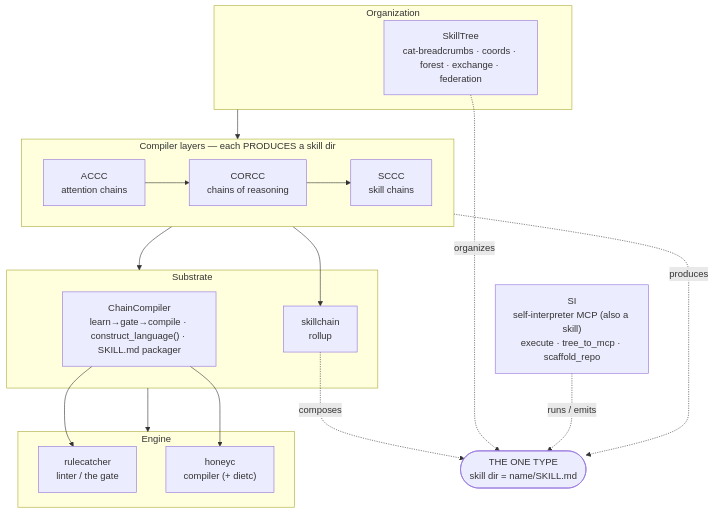
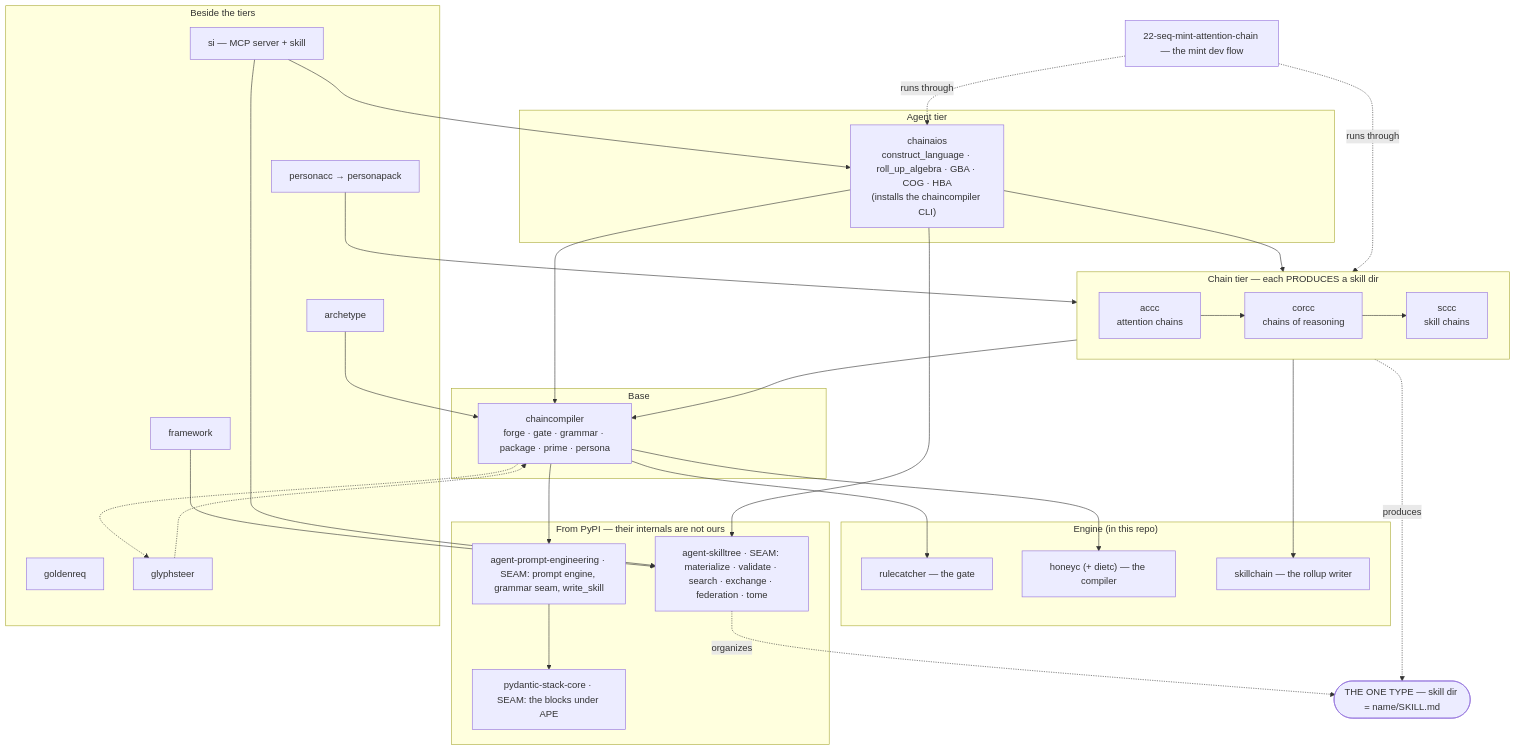
The first of 4 diagrams in .claude/rules/10-architecture-components.md (sancovp/chaincompiler), drawn with Mermaid before and after one commit. The commit also changed other lines of this file and 63 other files, not shown here.

Commit message:
Publish base/chaincompiler (ccbf18fea3)

````diff
--- a/.claude/rules/10-architecture-components.md
+++ b/.claude/rules/10-architecture-components.md
@@ -14,28 +17,54 @@
 ```mermaid
 flowchart TB
-    subgraph ORG["Organization"]
-        ST["SkillTree<br/>cat-breadcrumbs · coords · forest · exchange · federation"]
+    subgraph AGENT["Agent tier"]
+        CA["chainaios<br/>construct_language · roll_up_algebra · GBA · COG · HBA<br/>(installs the chaincompiler CLI)"]
     end
-    subgraph LAYERS["Compiler layers — each PRODUCES a skill dir"]
+    subgraph CHAIN["Chain tier — each PRODUCES a skill dir"]
         direction LR
-        ACCC["ACCC<br/>attention chains"] --> CORCC["CORCC<br/>chains of reasoning"] --> SCCC["SCCC<br/>skill chains"]
+        ACCC["accc<br/>attention chains"] --> CORCC["corcc<br/>chains of reasoning"] --> SCCC["sccc<br/>skill chains"]
     end
-    subgraph SUB["Substrate"]
-        CC["ChainCompiler<br/>learn→gate→compile · construct_language() · SKILL.md packager"]
-        SKC["skillchain<br/>rollup"]
+    subgraph BASE["Base"]
+        CC["chaincompiler<br/>forge · gate · grammar · package · prime · persona"]
     end
-    subgraph ENG["Engine"]
-        RC["rulecatcher<br/>linter / the gate"]
-        HC["honeyc<br/>compiler (+ dietc)"]
+    subgraph ENG["Engine (in this repo)"]
+        RC["rulecatcher — the gate"]
+        HC["honeyc (+ dietc) — the compiler"]
+        SKC["skillchain — the rollup writer"]
     end
-    SI["SI<br/>self-interpreter MCP (also a skill)<br/>execute · tree_to_mcp · scaffold_repo"]
-    TYPE(["THE ONE TYPE<br/>skill dir = name/SKILL.md"])
+    subgraph DEP["From PyPI — their internals are not ours"]
+        APE["agent-prompt-engineering · SEAM: prompt engine, grammar seam, write_skill"]
+        PSC["pydantic-stack-core · SEAM: the blocks under APE"]
+        ST["agent-skilltree · SEAM: materialize · validate · search · exchange · federation · tome"]
+    end
+    subgraph BESIDE["Beside the tiers"]
+        PCC["personacc → personapack"]
+        GR["goldenreq"]
+        GS["glyphsteer"]
+        ARC["archetype"]
+        FW["framework"]
+        SI["si — MCP server + skill"]
+    end
+    TYPE(["THE ONE TYPE — skill dir = name/SKILL.md"])
+    MINT["22-seq-mint-attention-chain — the mint dev flow"]
 
-    ORG --> LAYERS --> SUB --> ENG
-    CC --> RC & HC
+    CA --> CHAIN
+    CA --> CC
+    CA --> ST
+    CHAIN --> CC
     SCCC --> SKC
-    LAYERS -. produces .-> TYPE
-    SKC -. composes .-> TYPE
+    CC --> APE
+    CC --> RC
+    CC --> HC
+    APE --> PSC
+    PCC --> CHAIN
+    FW --> ST
+    SI --> CA
+    SI --> ST
+    ARC --> CC
+    GS -.-> CC
+    CC -.-> GS
+    CHAIN -. produces .-> TYPE
     ST -. organizes .-> TYPE
-    SI -. runs / emits .-> TYPE
+    MINT -. runs through .-> CHAIN
+    MINT -. runs through .-> CA
 ```
````
